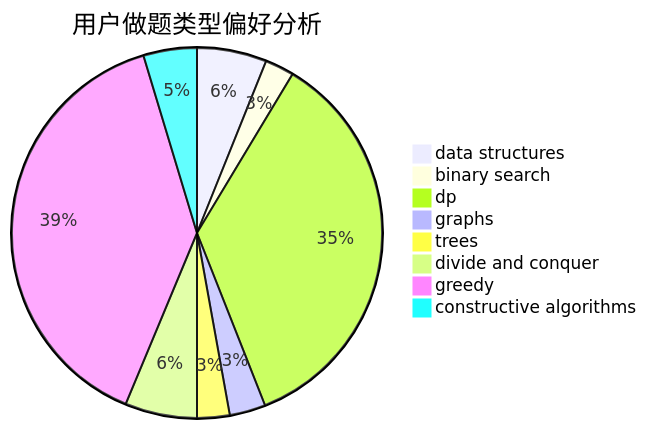
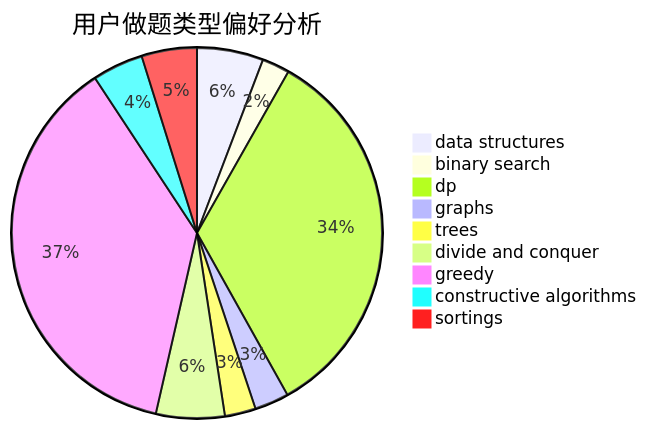
The second of 3 diagrams in docs/user/u1235.md (sherpahu/cfrs.github.io), drawn with Mermaid before and after one commit. The commit also changed other lines of this file and 2769 other files, not shown here.

````diff
--- a/docs/user/u1235.md
+++ b/docs/user/u1235.md
@@ -23,11 +18,12 @@
 ```mermaid
 pie title 用户做题类型偏好分析
     "data structures" :  60
     "binary search" :  25
     "dp" :  349
     "graphs" :  31
     "trees" :  28
     "divide and conquer" :  62
     "greedy" :  385
     "constructive algorithms" :  46
+    "sortings" :  50
 ```
````
